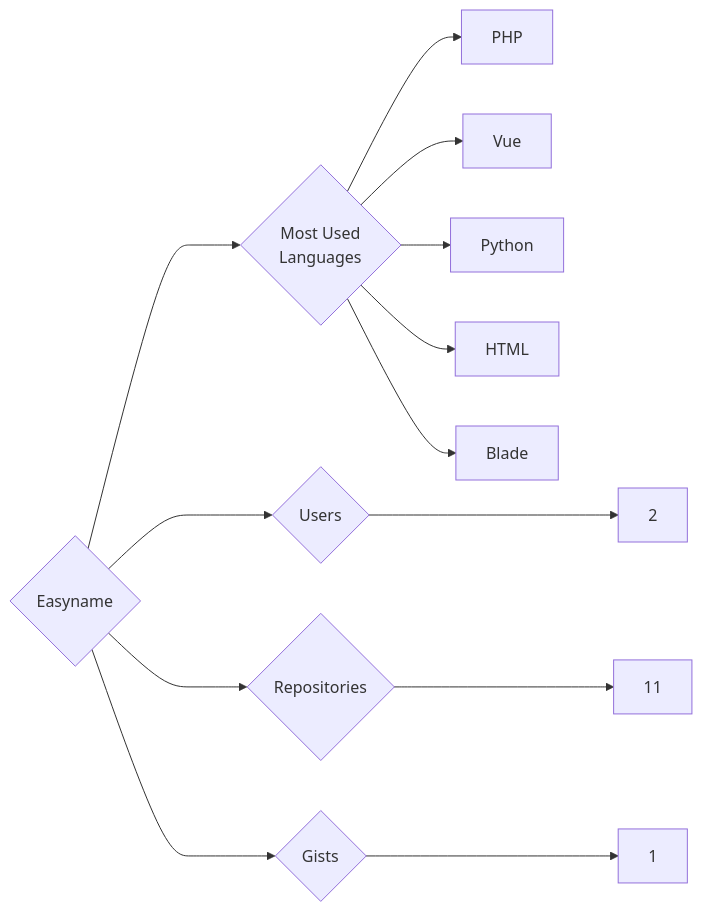
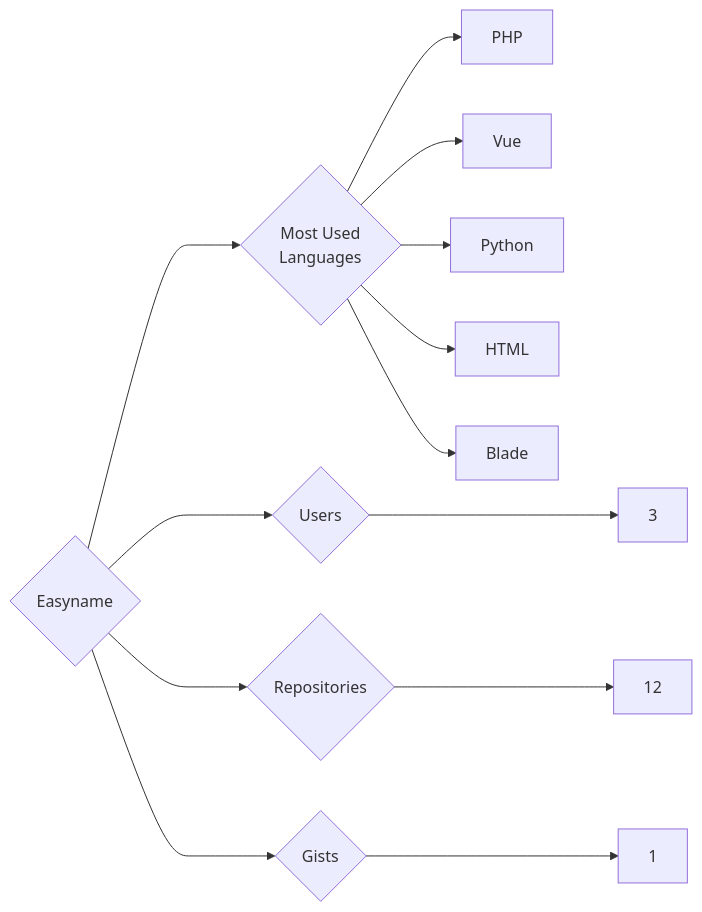
The diagram in targets/Easyname/README.md (trickest/insiders), drawn with Mermaid before and after one commit. The commit also changed 859 other files, not shown here.

````diff
--- a/targets/Easyname/README.md
+++ b/targets/Easyname/README.md
@@ -3,13 +3,13 @@
 ```mermaid
 graph LR
 COMPANY_NAME{Easyname}
-COMPANY_NAME ---> U{Users} ---> UN[2]
-COMPANY_NAME ---> R{Repositories} ---> RN[11]
+COMPANY_NAME ---> U{Users} ---> UN[3]
+COMPANY_NAME ---> R{Repositories} ---> RN[12]
 COMPANY_NAME ---> G{Gists} ---> GN[1]
 COMPANY_NAME ---> ML{Most Used<br>Languages}
 ML --> PHP[PHP]
 ML --> Vue[Vue]
 ML --> Python[Python]
 ML --> HTML[HTML]
 ML --> Blade[Blade]
 ```
````
